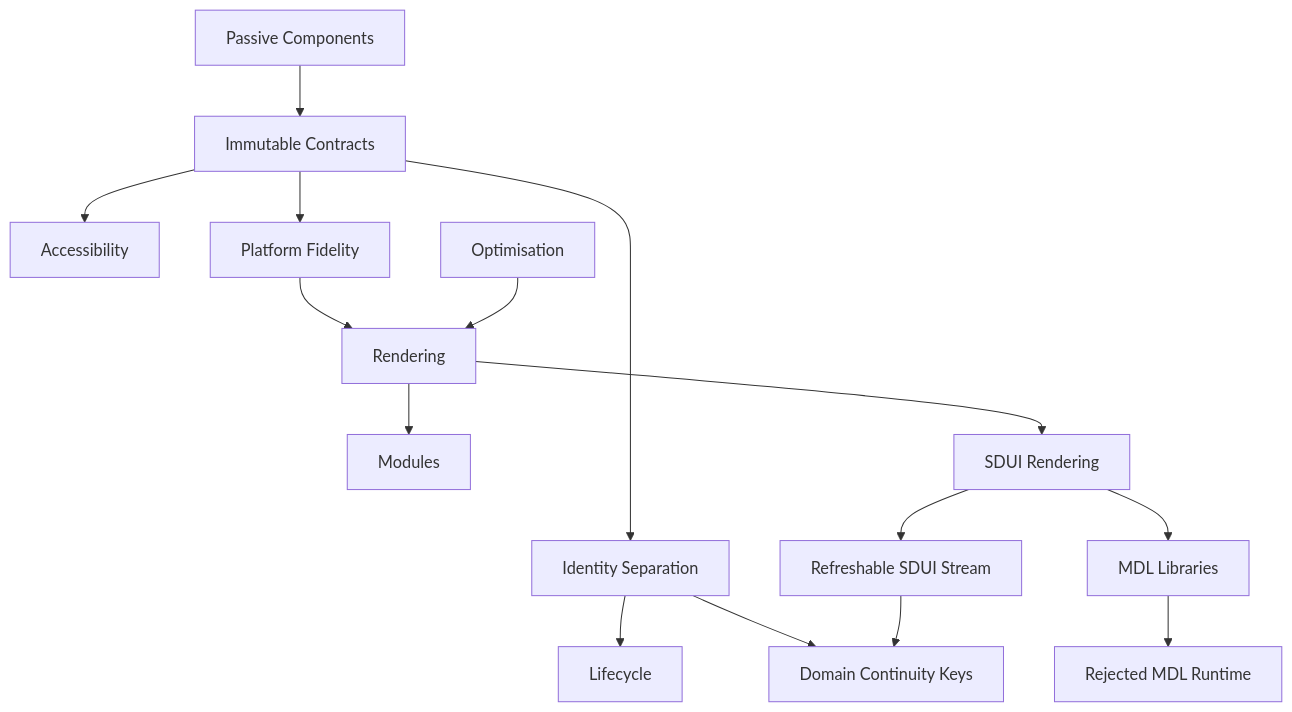
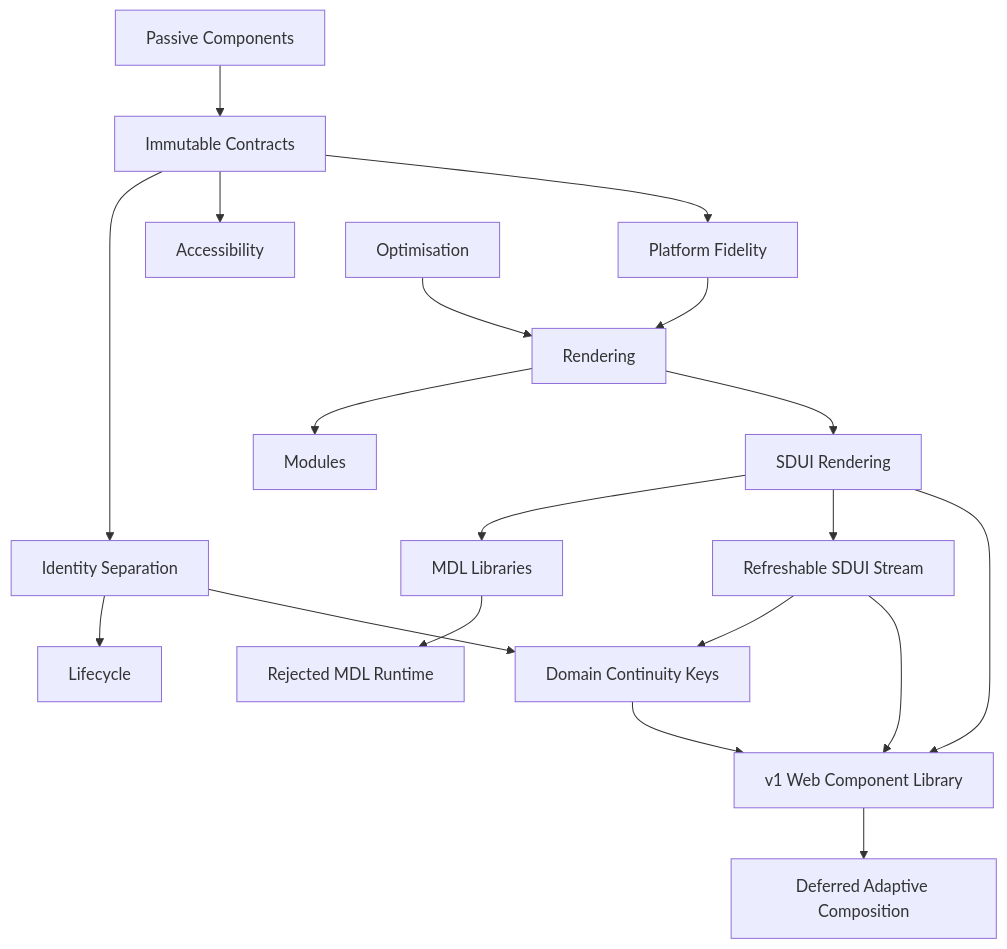
One commit to mosaic-media/mosaic-architecture changed the second of 2 diagrams in docs/design/system/mds-008-component-library/12-adrs.md. Above: the diagram before and after it, drawn with Mermaid. The commit also changed other lines of this file and 168 other files, not shown here.

Commit message:
docs: introduce roadmap and deferred proposal structure

````diff
--- a/docs/design/system/mds-008-component-library/12-adrs.md
+++ b/docs/design/system/mds-008-component-library/12-adrs.md
@@ -540,46 +624,54 @@
 ```mermaid
 flowchart TD
 
 ADR182["Passive Components"]
 
 ADR183["Immutable Contracts"]
 
 ADR184["Identity Separation"]
 
 ADR185["Accessibility"]
 
 ADR186["Platform Fidelity"]
 
 ADR187["Optimisation"]
 
 ADR188["Lifecycle"]
 
 ADR189["Rendering"]
 
 ADR190["Modules"]
 
 ADR191["SDUI Rendering"]
 
 ADR192["MDL Libraries"]
 
 ADR193["Rejected MDL Runtime"]
 
 ADR194["Refreshable SDUI Stream"]
 
 ADR199["Domain Continuity Keys"]
 
+ADR204["v1 Web Component Library"]
+
+ADR205["Deferred Adaptive Composition"]
+
 ADR182 --> ADR183
 ADR183 --> ADR184
 ADR184 --> ADR188
 ADR183 --> ADR185
 ADR183 --> ADR186
 ADR186 --> ADR189
 ADR187 --> ADR189
 ADR189 --> ADR190
 ADR189 --> ADR191
 ADR191 --> ADR192
 ADR192 --> ADR193
 ADR191 --> ADR194
 ADR184 --> ADR199
 ADR194 --> ADR199
+ADR191 --> ADR204
+ADR194 --> ADR204
+ADR199 --> ADR204
+ADR204 --> ADR205
 ```
````
